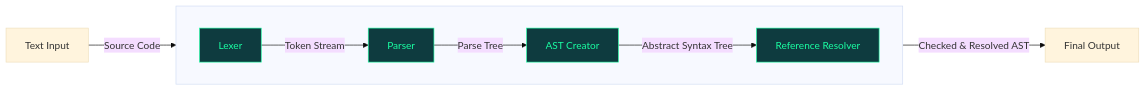
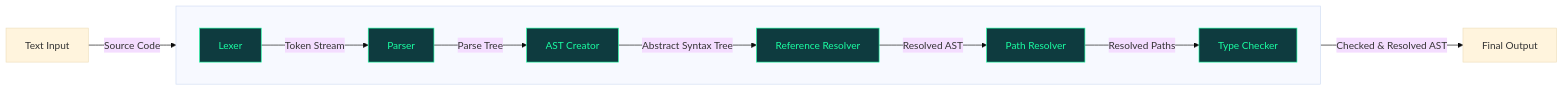
The diagram in README.md (geowerkstatt/GeoW.Interlis.Tools), drawn with Mermaid (base theme) before and after one commit. The commit also changed other lines of this file, not shown here.

````diff
--- a/README.md
+++ b/README.md
@@ -36,16 +36,18 @@
 ```mermaid
 flowchart LR
   A[Text Input] -- Source Code --> Compiler
   Compiler -- Checked & Resolved AST --> F[Final Output]
 
   subgraph Compiler [" "]
     direction LR
     B[Lexer] -- Token Stream --> C
     C[Parser] -- Parse Tree --> D
     D[AST Creator] -- Abstract Syntax Tree --> E
-    E[Reference Resolver]
+    E[Reference Resolver] -- Resolved AST --> F2
+    F2[Path Resolver] -- Resolved Paths --> G
+    G[Type Checker]
   end
 
   classDef compilerBox fill:#0e3b3f,color:#1affa3,stroke:#1affa3;
-  class B,C,D,E compilerBox;
+  class B,C,D,E,F2,G compilerBox;
 ```
````
